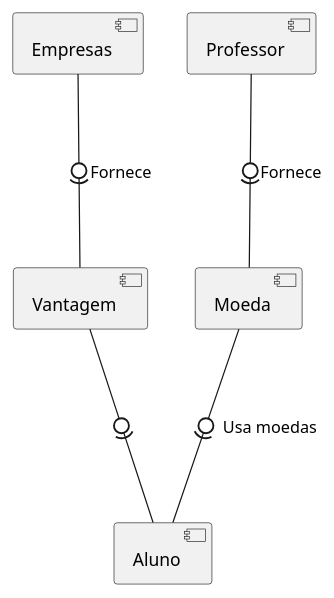
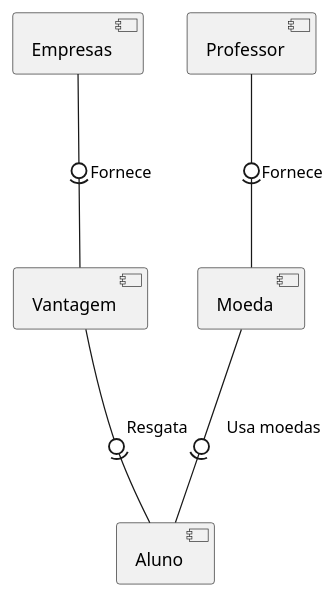
One commit to milenalara/sistema-moeda-estudantil changed the diagram in project/docs/componentes.puml. Above: the diagram before and after it, drawn with PlantUML. The commit also changed 2 other files, not shown here.

```diff
--- a/project/docs/componentes.puml
+++ b/project/docs/componentes.puml
@@ -1,18 +1,18 @@
 @startuml
 skinparam componentStyle uml2
 
 [Empresas] as em
 [Aluno] as al
 [Professor] as pf
 [Vantagem] as vt
 [Moeda] as md
 
 pf --0)- md: Fornece
 md --0)- al: Usa moedas
 
 
 em --0)- vt: Fornece
-vt --0)- al
+vt --0)- al: Resgata
 
 
 @enduml
```
